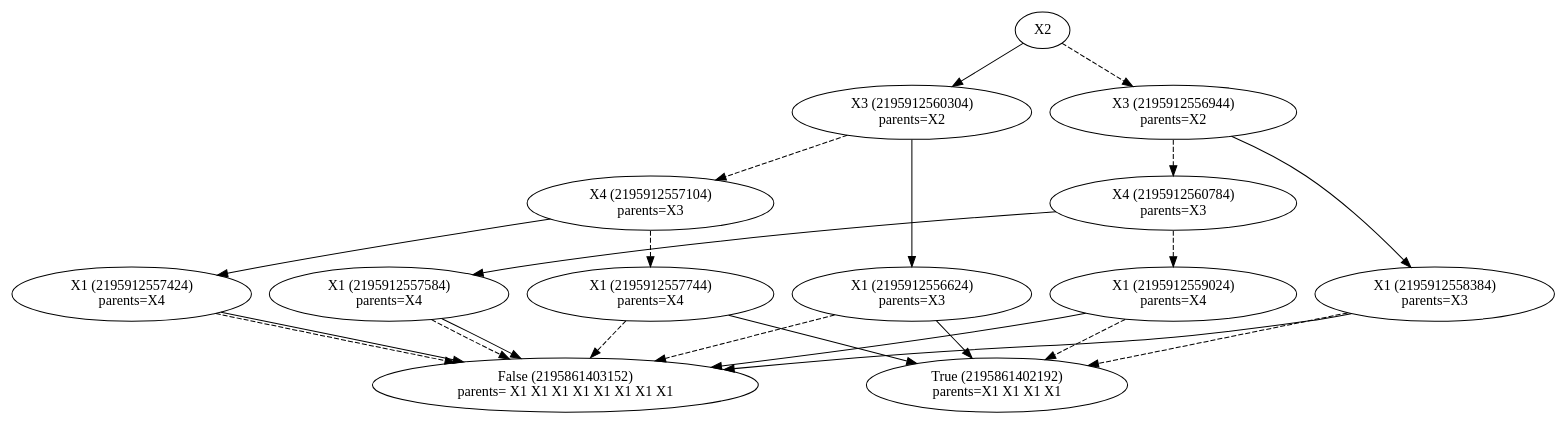
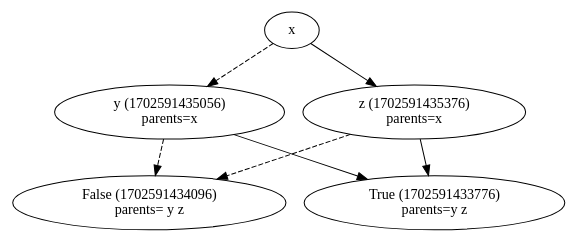
Before and after one commit to O1ez/IncreasingResilienceOfAutomatedVehicles: the diagram in out/united_unreduced.dot, drawn with Graphviz. The commit also changed 14 other files, not shown here.

```diff
--- a/out/united_unreduced.dot
+++ b/out/united_unreduced.dot
@@ -1,45 +1,13 @@
-digraph{2195861404112[label=X2]2195912556944[label="X3 (2195912556944) \nparents=X2"]
-2195861404112 -> 2195912556944[style=dashed label="" fontcolor = gray]
-2195912560784[label="X4 (2195912560784) \nparents=X3"]
-2195912556944 -> 2195912560784[style=dashed label="" fontcolor = gray]
-2195912559024[label="X1 (2195912559024) \nparents=X4"]
-2195912560784 -> 2195912559024[style=dashed label="" fontcolor = gray]
-2195861402192[label="True (2195861402192) \nparents= X1 X1 X1 X1"]
-2195912559024 -> 2195861402192[style=dashed label="" fontcolor = gray]
-2195861403152[label="False (2195861403152)\nparents=X1 X1 X1 X1 X1 X1 X1 X1"]
-2195912559024 -> 2195861403152 [label="" fontcolor = gray]
-2195912557584[label="X1 (2195912557584)\nparents=X4"]
-2195912560784 -> 2195912557584 [label="" fontcolor = gray]
-2195861403152[label="False (2195861403152) \nparents= X1 X1 X1 X1 X1 X1 X1 X1"]
-2195912557584 -> 2195861403152[style=dashed label="" fontcolor = gray]
-2195861403152[label="False (2195861403152)\nparents=X1 X1 X1 X1 X1 X1 X1 X1"]
-2195912557584 -> 2195861403152 [label="" fontcolor = gray]
-2195912558384[label="X1 (2195912558384)\nparents=X3"]
-2195912556944 -> 2195912558384 [label="" fontcolor = gray]
-2195861402192[label="True (2195861402192) \nparents= X1 X1 X1 X1"]
-2195912558384 -> 2195861402192[style=dashed label="" fontcolor = gray]
-2195861403152[label="False (2195861403152)\nparents=X1 X1 X1 X1 X1 X1 X1 X1"]
-2195912558384 -> 2195861403152 [label="" fontcolor = gray]
-2195912560304[label="X3 (2195912560304)\nparents=X2"]
-2195861404112 -> 2195912560304 [label="" fontcolor = gray]
-2195912557104[label="X4 (2195912557104) \nparents=X3"]
-2195912560304 -> 2195912557104[style=dashed label="" fontcolor = gray]
-2195912557744[label="X1 (2195912557744) \nparents=X4"]
-2195912557104 -> 2195912557744[style=dashed label="" fontcolor = gray]
-2195861403152[label="False (2195861403152) \nparents= X1 X1 X1 X1 X1 X1 X1 X1"]
-2195912557744 -> 2195861403152[style=dashed label="" fontcolor = gray]
-2195861402192[label="True (2195861402192)\nparents=X1 X1 X1 X1"]
-2195912557744 -> 2195861402192 [label="" fontcolor = gray]
-2195912557424[label="X1 (2195912557424)\nparents=X4"]
-2195912557104 -> 2195912557424 [label="" fontcolor = gray]
-2195861403152[label="False (2195861403152) \nparents= X1 X1 X1 X1 X1 X1 X1 X1"]
-2195912557424 -> 2195861403152[style=dashed label="" fontcolor = gray]
-2195861403152[label="False (2195861403152)\nparents=X1 X1 X1 X1 X1 X1 X1 X1"]
-2195912557424 -> 2195861403152 [label="" fontcolor = gray]
-2195912556624[label="X1 (2195912556624)\nparents=X3"]
-2195912560304 -> 2195912556624 [label="" fontcolor = gray]
-2195861403152[label="False (2195861403152) \nparents= X1 X1 X1 X1 X1 X1 X1 X1"]
-2195912556624 -> 2195861403152[style=dashed label="" fontcolor = gray]
-2195861402192[label="True (2195861402192)\nparents=X1 X1 X1 X1"]
-2195912556624 -> 2195861402192 [label="" fontcolor = gray]
+digraph{1702591432016[label=x]1702591435056[label="y (1702591435056) \nparents=x"]
+1702591432016 -> 1702591435056[style=dashed label="" fontcolor = gray]
+1702591434096[label="False (1702591434096) \nparents= y z"]
+1702591435056 -> 1702591434096[style=dashed label="" fontcolor = gray]
+1702591433776[label="True (1702591433776)\nparents=y z"]
+1702591435056 -> 1702591433776 [label="" fontcolor = gray]
+1702591435376[label="z (1702591435376)\nparents=x"]
+1702591432016 -> 1702591435376 [label="" fontcolor = gray]
+1702591434096[label="False (1702591434096) \nparents= y z"]
+1702591435376 -> 1702591434096[style=dashed label="" fontcolor = gray]
+1702591433776[label="True (1702591433776)\nparents=y z"]
+1702591435376 -> 1702591433776 [label="" fontcolor = gray]
 }
```
